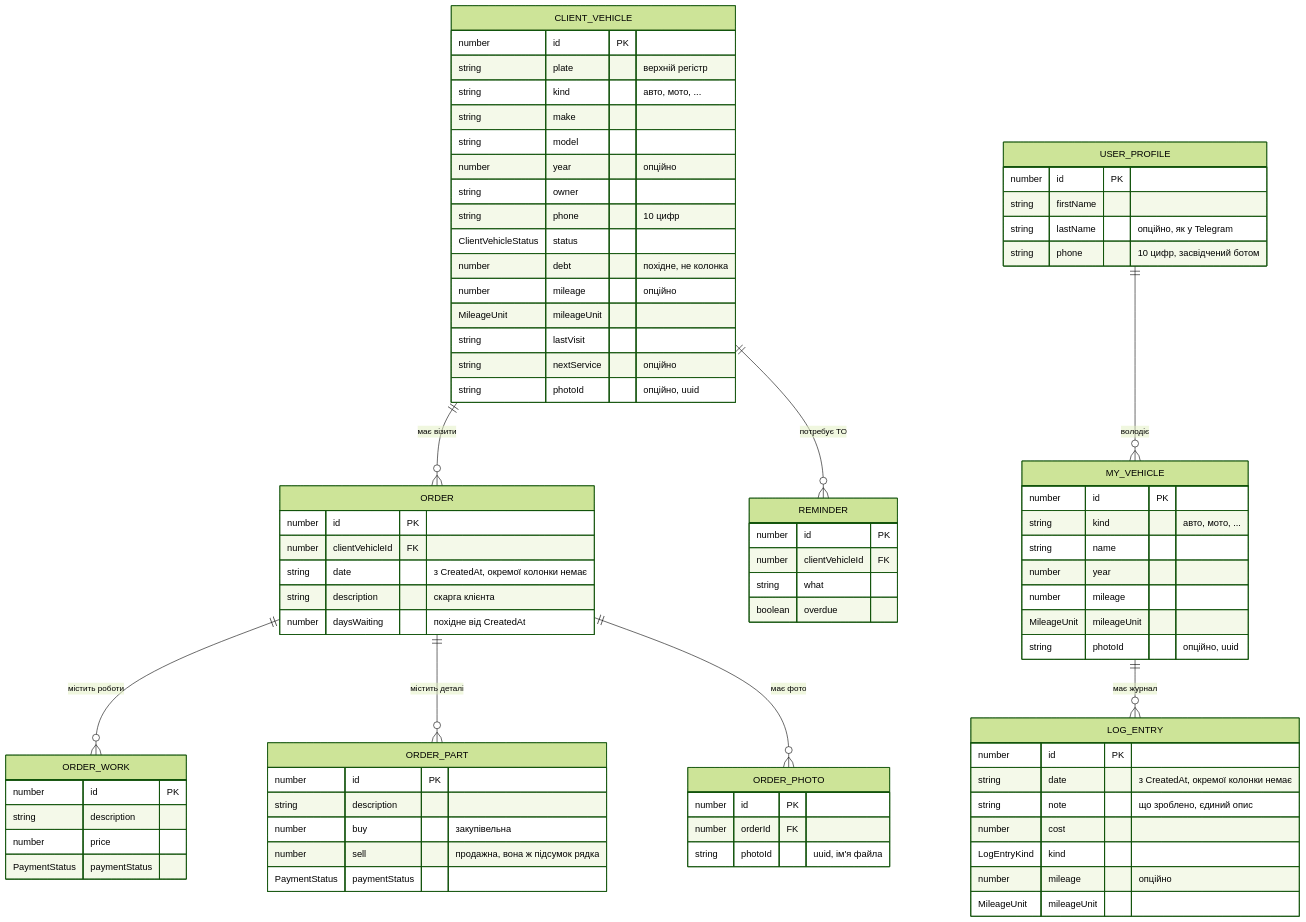
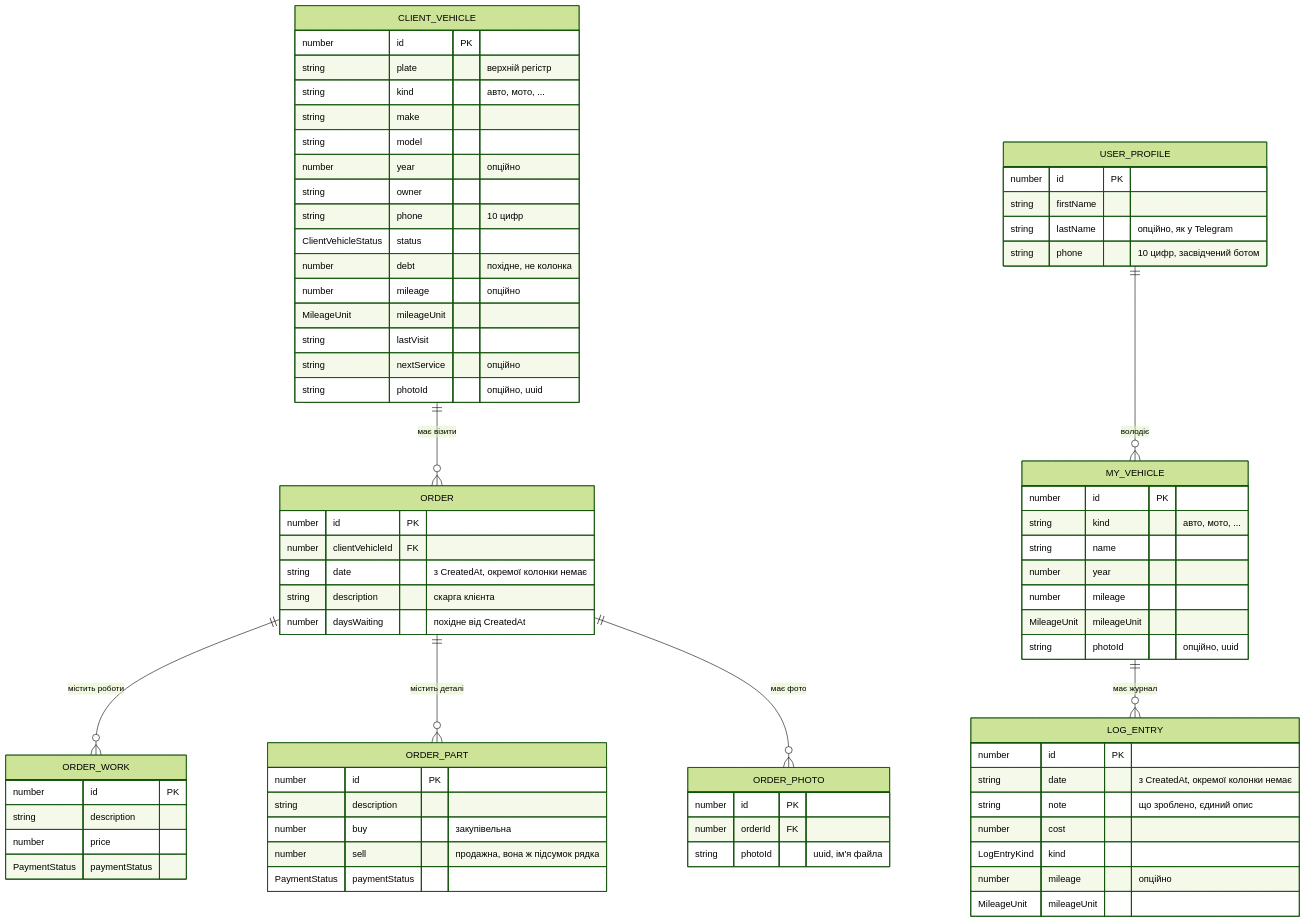
The diagram in docs/atlas/03-data-model.md (maksymkrat/GarageOS), drawn with Mermaid (forest theme) before and after one commit. The commit also changed other lines of this file and 38 other files, not shown here.

````diff
--- a/docs/atlas/03-data-model.md
+++ b/docs/atlas/03-data-model.md
@@ -8,7 +8,6 @@
 ```mermaid
 erDiagram
     CLIENT_VEHICLE ||--o{ ORDER : "має візити"
-    CLIENT_VEHICLE ||--o{ REMINDER : "потребує ТО"
     ORDER ||--o{ ORDER_WORK : "містить роботи"
     ORDER ||--o{ ORDER_PART : "містить деталі"
     ORDER ||--o{ ORDER_PHOTO : "має фото"
@@ -56,13 +55,6 @@
         PaymentStatus paymentStatus
     }
 
-    REMINDER {
-        number id PK
-        number clientVehicleId FK
-        string what
-        boolean overdue
-    }
-
     MY_VEHICLE {
         number id PK
         string kind "авто, мото, ..."
````
